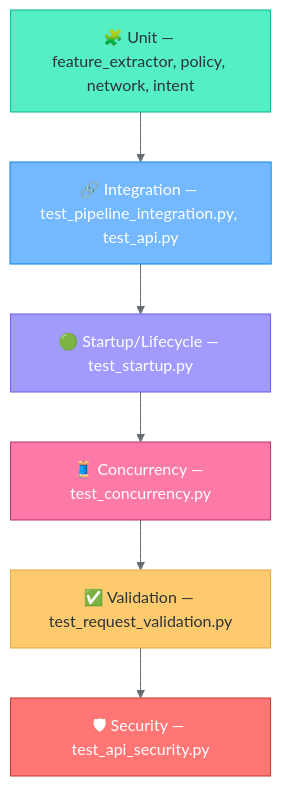
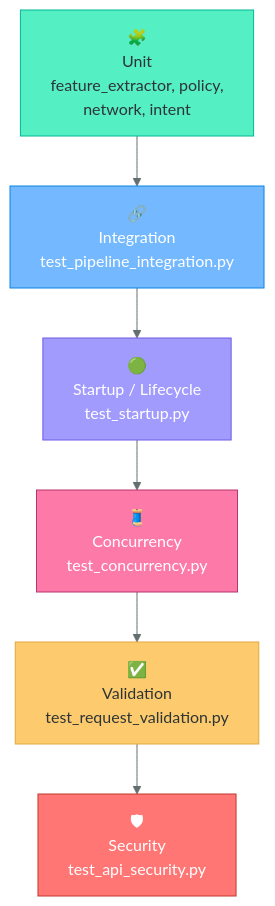
Before and after one commit to couder-04/NeuralAuth: diagram 11 of 15 in README.md, drawn with Mermaid. The commit also changed other lines of this file, not shown here.

````diff
--- a/README.md
+++ b/README.md
@@ -508,19 +508,19 @@
 ```mermaid
 %%{init: {'theme':'base', 'themeVariables': {'primaryColor':'#fdcb6e','primaryTextColor':'#2d3436','primaryBorderColor':'#e1a83c','lineColor':'#636e72'}}}%%
 flowchart TD
-    Sec["🛡 Security — test_api_security.py"]
-    Val["✅ Validation — test_request_validation.py"]
-    Conc["🧵 Concurrency — test_concurrency.py"]
-    Start["🟢 Startup/Lifecycle — test_startup.py"]
-    Int["🔗 Integration — test_pipeline_integration.py, test_api.py"]
-    Unit["🧩 Unit — feature_extractor, policy, network, intent"]
+    Sec["🛡<br/>Security<br/>test_api_security.py"]
+    Val["✅<br/>Validation<br/>test_request_validation.py"]
+    Conc["🧵<br/>Concurrency<br/>test_concurrency.py"]
+    Start["🟢<br/>Startup / Lifecycle<br/>test_startup.py"]
+    Int["🔗<br/>Integration<br/>test_pipeline_integration.py"]
+    Unit["🧩<br/>Unit<br/>feature_extractor, policy,<br/>network, intent"]
 
     Unit --> Int --> Start --> Conc --> Val --> Sec
 
     style Unit fill:#55efc4,stroke:#00b894,color:#2d3436
     style Int fill:#74b9ff,stroke:#0984e3,color:#fff
     style Start fill:#a29bfe,stroke:#6c5ce7,color:#fff
     style Conc fill:#fd79a8,stroke:#b53471,color:#fff
     style Val fill:#fdcb6e,stroke:#e1a83c,color:#2d3436
     style Sec fill:#ff7675,stroke:#c0392b,color:#fff
 ```
````
